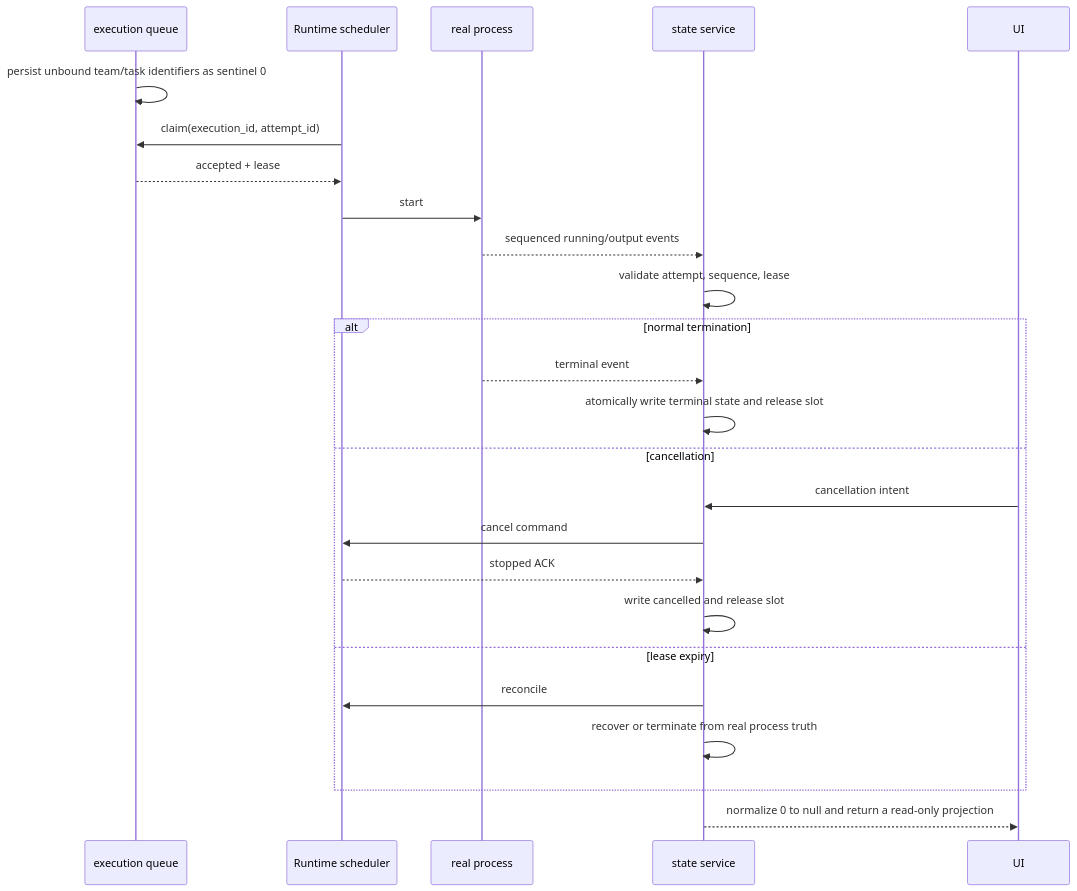
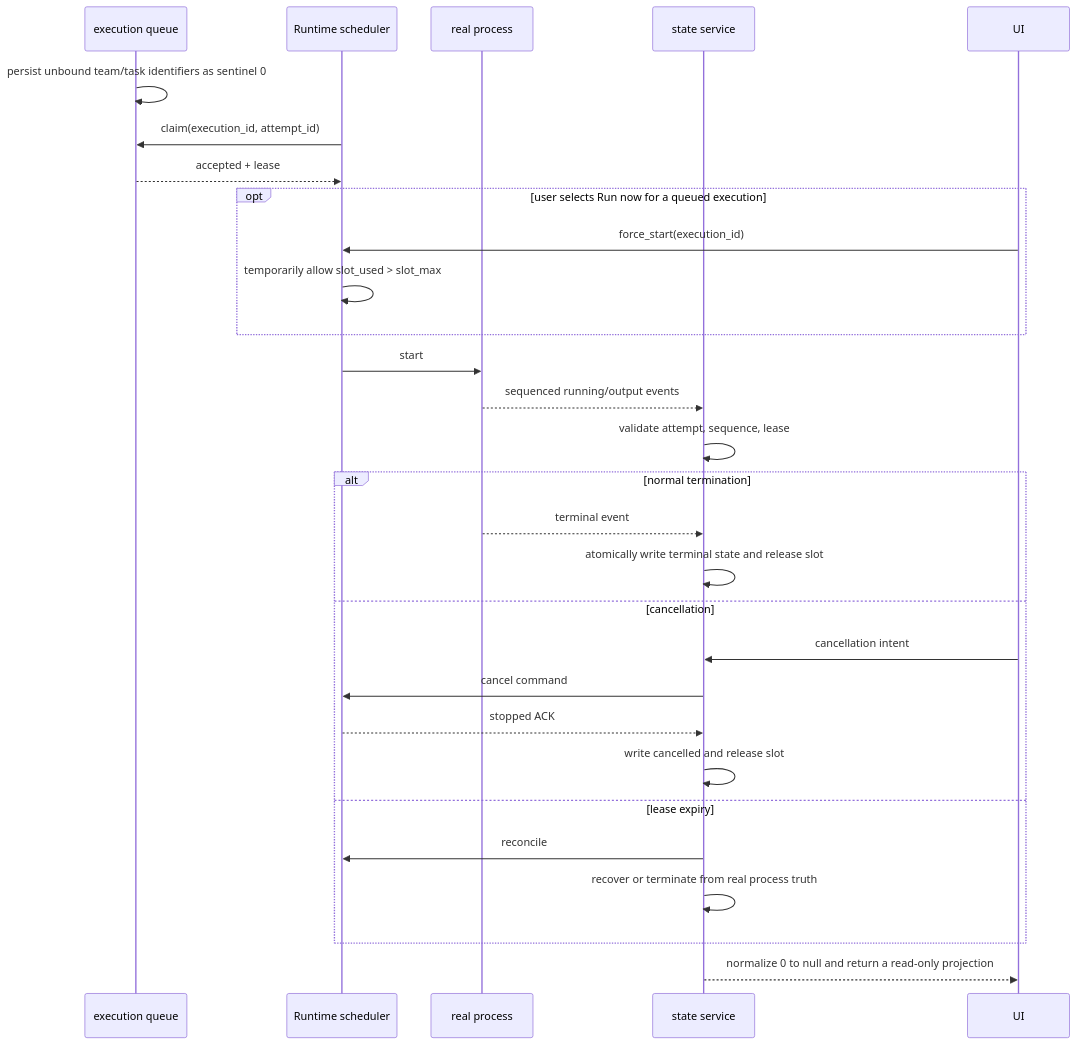
The second of 2 diagrams in docs/en/architecture/project-execution-state.md (wecode-ai/Wegent), drawn with Mermaid before and after one commit. The commit also changed other lines of this file and 8 other files, not shown here.

Commit message:
fix(wework): stabilize queued worktree execution

````diff
--- a/docs/en/architecture/project-execution-state.md
+++ b/docs/en/architecture/project-execution-state.md
@@ -25,28 +26,32 @@
 ```mermaid
 sequenceDiagram
     participant Q as execution queue
     participant R as Runtime scheduler
     participant P as real process
     participant S as state service
     participant U as UI
 
     Q->>Q: persist unbound team/task identifiers as sentinel 0
     R->>Q: claim(execution_id, attempt_id)
     Q-->>R: accepted + lease
+    opt user selects Run now for a queued execution
+        U->>R: force_start(execution_id)
+        R->>R: temporarily allow slot_used > slot_max
+    end
     R->>P: start
     P-->>S: sequenced running/output events
     S->>S: validate attempt, sequence, lease
     alt normal termination
         P-->>S: terminal event
         S->>S: atomically write terminal state and release slot
     else cancellation
         U->>S: cancellation intent
         S->>R: cancel command
         R-->>S: stopped ACK
         S->>S: write cancelled and release slot
     else lease expiry
         S->>R: reconcile
         S->>S: recover or terminate from real process truth
     end
     S-->>U: normalize 0 to null and return a read-only projection
 ```
````
